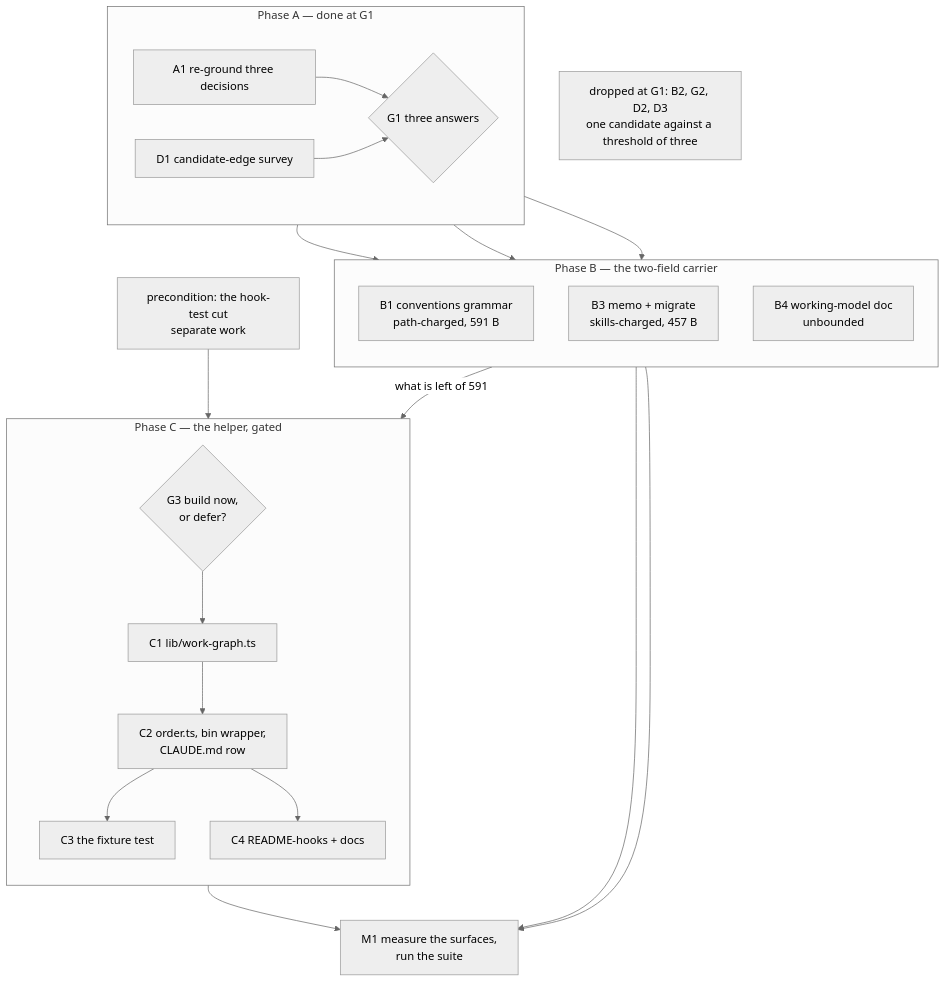
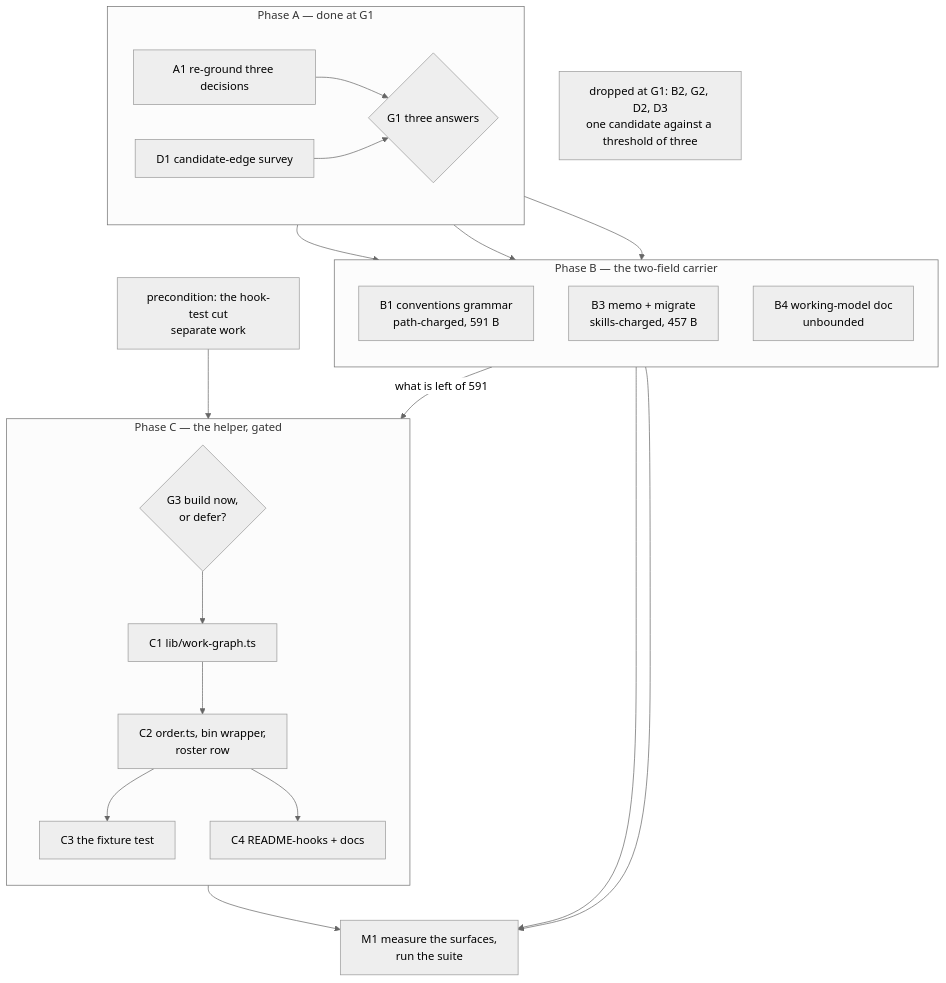
Before and after one commit to tenzoki/fusion: the diagram in fusion-workbench/circles/260908-2018-prerequisites-confirmed-once-order-computed/planning/260911-1833_o_implementation-prerequisites-confirmed-once-order-computed.md, drawn with Mermaid (neutral theme). The commit also changed other lines of this file and 6 other files, not shown here.

````diff
--- a/fusion-workbench/circles/260908-2018-prerequisites-confirmed-once-order-computed/planning/260911-1833_o_implementation-prerequisites-confirmed-once-order-computed.md
+++ b/fusion-workbench/circles/260908-2018-prerequisites-confirmed-once-order-computed/planning/260911-1833_o_implementation-prerequisites-confirmed-once-order-computed.md
@@ -93,34 +96,34 @@
 ```mermaid
 flowchart TD
   subgraph done["Phase A — done at G1"]
     direction LR
     A1["A1 re-ground three decisions"] --> G1{"G1 three answers"}
     D1["D1 candidate-edge survey"] --> G1
   end
 
   subgraph carrier["Phase B — the two-field carrier"]
     direction TB
     B1["B1 conventions grammar<br/>path-charged, 591 B"]
     B3["B3 memo + migrate<br/>skills-charged, 457 B"]
     B4["B4 working-model doc<br/>unbounded"]
   end
 
   subgraph compute["Phase C — the helper, gated"]
     direction TB
     G3{"G3 build now,<br/>or defer?"} --> C1["C1 lib/work-graph.ts"]
-    C1 --> C2["C2 order.ts, bin wrapper,<br/>CLAUDE.md row"]
+    C1 --> C2["C2 order.ts, bin wrapper,<br/>roster row"]
     C2 --> C3["C3 the fixture test"]
     C2 --> C4["C4 README-hooks + docs"]
   end
 
   G1 --> B1
   G1 --> B3
   G1 --> B4
   B1 -->|"what is left of 591"| G3
   cut["precondition: the hook-test cut<br/>separate work"] --> C3
   B3 --> M1["M1 measure the surfaces,<br/>run the suite"]
   B4 --> M1
   C4 --> M1
 
   dropped["dropped at G1: B2, G2, D2, D3<br/>one candidate against a threshold of three"]
 ```
````
